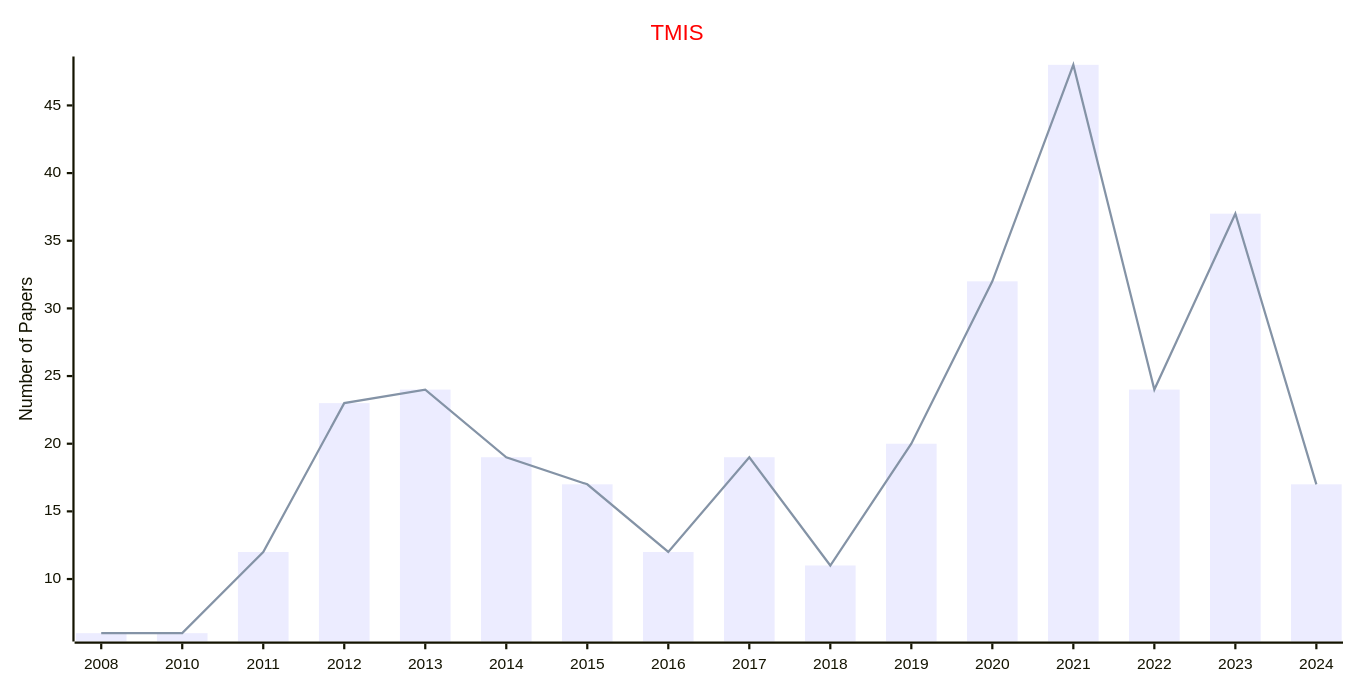
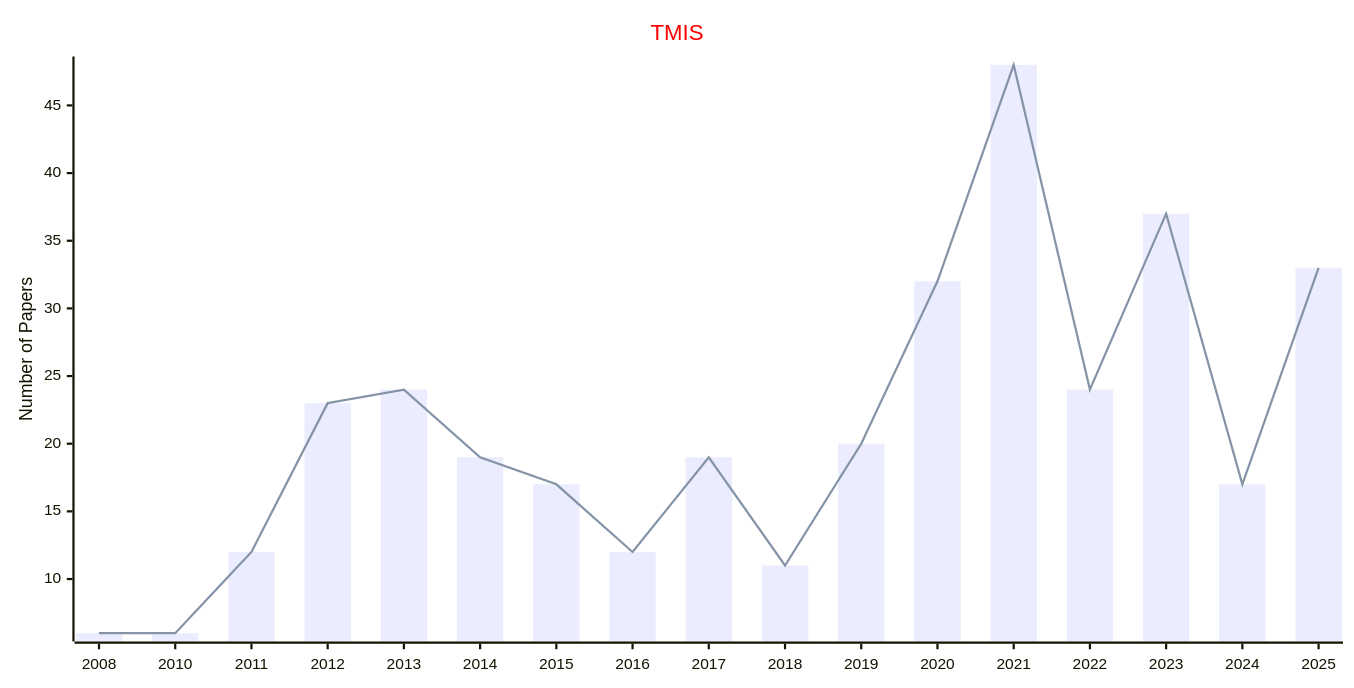
The first of 2 diagrams in docs/data/Journals/Statistics_Journals/Information_Systems.md (Easy-PhD/AILinks), drawn with Mermaid before and after one commit. The commit also changed other lines of this file and 93 other files, not shown here.

````diff
--- a/docs/data/Journals/Statistics_Journals/Information_Systems.md
+++ b/docs/data/Journals/Statistics_Journals/Information_Systems.md
@@ -9,17 +9,17 @@
 ```mermaid
 ---
 config:
     xyChart:
         width: 1200
         height: 600
     themeVariables:
         xyChart:
             titleColor: "#ff0000"
 ---
 xychart-beta
     title "TMIS"
-    x-axis [2008, 2010, 2011, 2012, 2013, 2014, 2015, 2016, 2017, 2018, 2019, 2020, 2021, 2022, 2023, 2024]
+    x-axis [2008, 2010, 2011, 2012, 2013, 2014, 2015, 2016, 2017, 2018, 2019, 2020, 2021, 2022, 2023, 2024, 2025]
     y-axis "Number of Papers"
-    bar [6, 6, 12, 23, 24, 19, 17, 12, 19, 11, 20, 32, 48, 24, 37, 17]
-    line [6, 6, 12, 23, 24, 19, 17, 12, 19, 11, 20, 32, 48, 24, 37, 17]
+    bar [6, 6, 12, 23, 24, 19, 17, 12, 19, 11, 20, 32, 48, 24, 37, 17, 33]
+    line [6, 6, 12, 23, 24, 19, 17, 12, 19, 11, 20, 32, 48, 24, 37, 17, 33]
 ```
````
